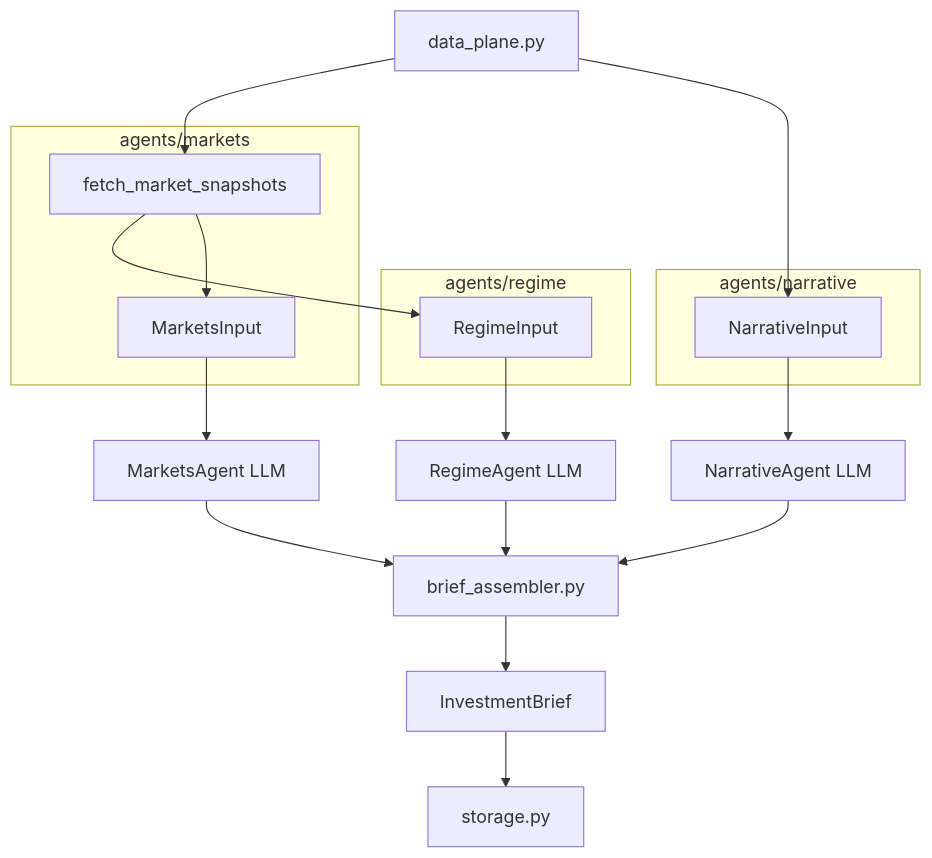
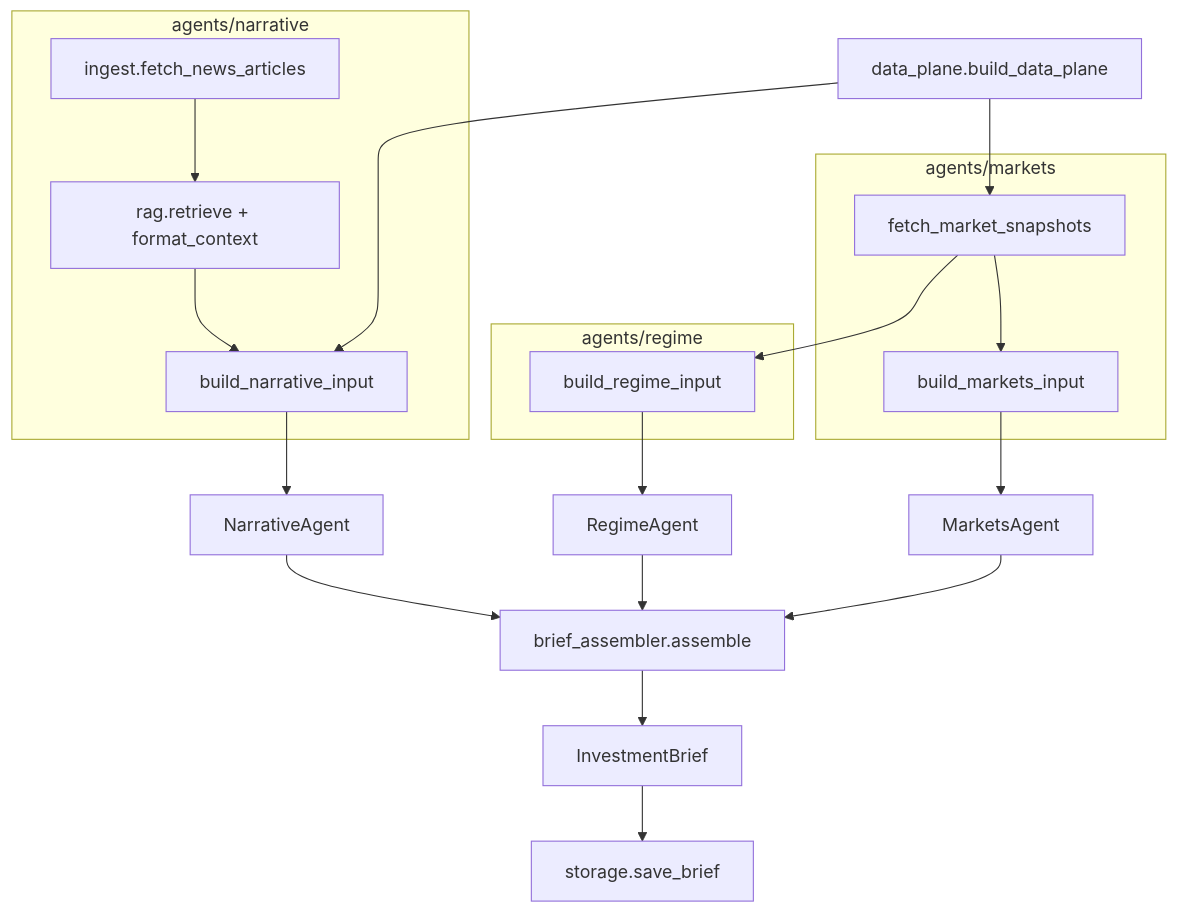
Before and after one commit to wanmingz/investment_agent: the first of 2 diagrams in README.md, drawn with Mermaid. The commit also changed other lines of this file and 14 other files, not shown here.

````diff
--- a/README.md
+++ b/README.md
@@ -124,30 +95,33 @@
 ```mermaid
 flowchart TB
-    DP[data_plane.py]
+    DP[data_plane.build_data_plane]
 
-    subgraph markets_pkg [agents/markets]
+    subgraph markets [agents/markets]
         MF[fetch_market_snapshots]
-        MI[MarketsInput]
+        MI[build_markets_input]
     end
 
-    subgraph regime_pkg [agents/regime]
-        RI[RegimeInput]
+    subgraph regime [agents/regime]
+        RI[build_regime_input]
     end
 
-    subgraph narrative_pkg [agents/narrative]
-        NI[NarrativeInput]
+    subgraph narrative [agents/narrative]
+        ING[ingest.fetch_news_articles]
+        RAG[rag.retrieve + format_context]
+        NI[build_narrative_input]
+        ING --> RAG --> NI
     end
 
+    DP --> MF
     MF --> RI
     MF --> MI
-    DP --> MF
     DP --> NI
 
-    RI --> RA[RegimeAgent LLM]
-    NI --> NA[NarrativeAgent LLM]
-    MI --> MA[MarketsAgent LLM]
+    RI --> RA[RegimeAgent]
+    NI --> NA[NarrativeAgent]
+    MI --> MA[MarketsAgent]
 
-    RA & NA & MA --> A[brief_assembler.py]
-    A --> B[InvestmentBrief]
-    B --> S[storage.py]
+    RA & NA & MA --> BA[brief_assembler.assemble]
+    BA --> IB[InvestmentBrief]
+    IB --> ST[storage.save_brief]
 ```
````
